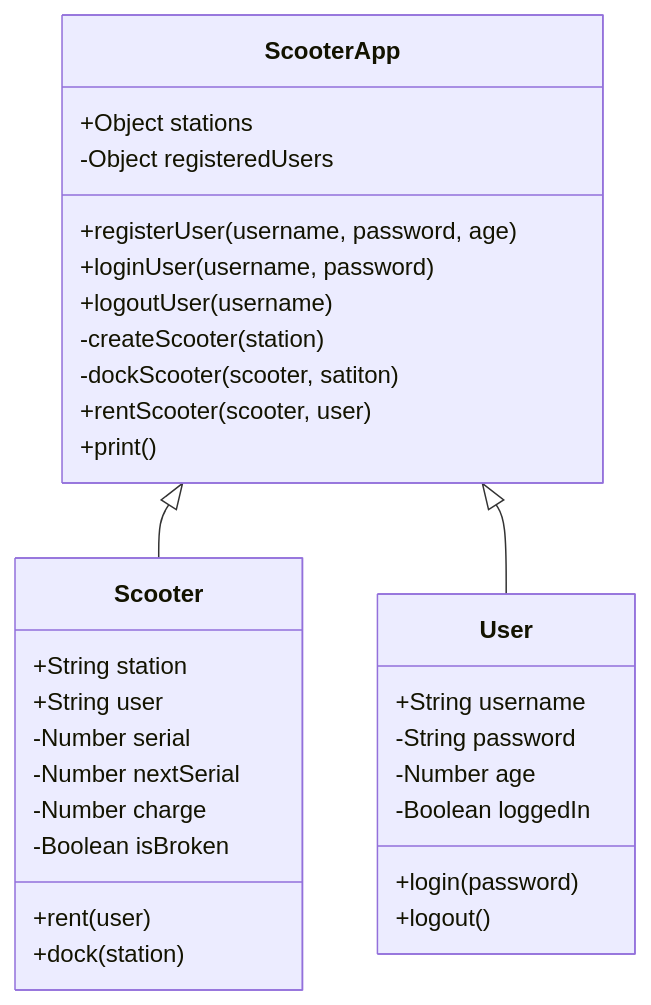
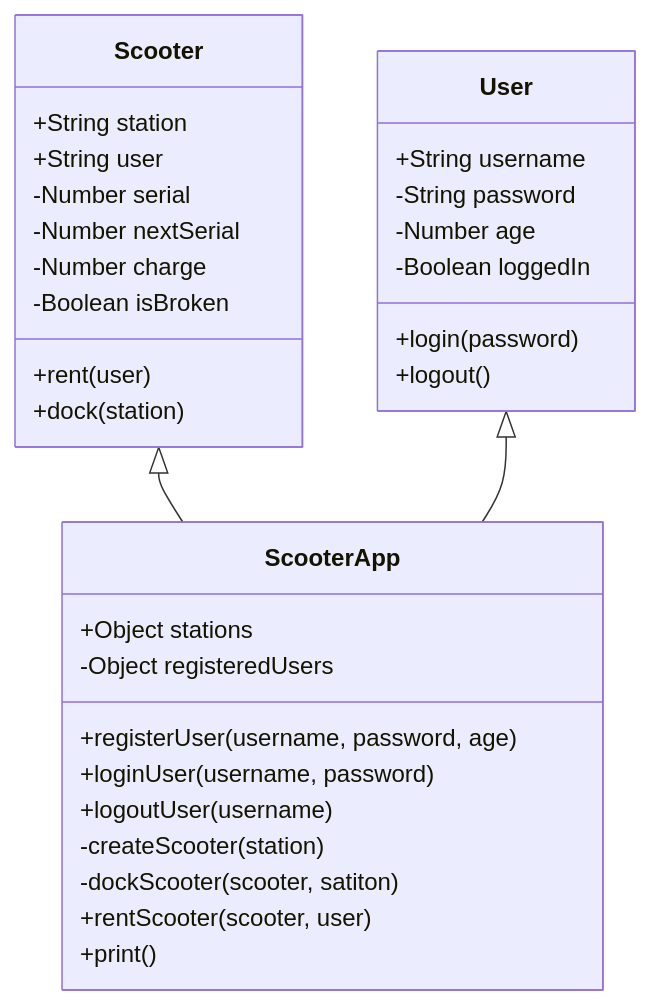
Before and after one commit to Gels04/scooter-project: the diagram in src/markdown.md, drawn with Mermaid. The commit also changed 5 other files, not shown here.

Commit message:
coded the Scooter and User classes

````diff
--- a/src/markdown.md
+++ b/src/markdown.md
@@ -1,38 +1,38 @@
 ```mermaid
 classDiagram
 
-    ScooterApp <|-- Scooter
-    ScooterApp <|-- User
+    Scooter <|-- ScooterApp
+    User <|-- ScooterApp
 
   class Scooter {
     +String station
     +String user
     -Number serial
     -Number nextSerial
     -Number charge
     -Boolean isBroken
     +rent(user)
     +dock(station)
   }
 
   class User {
     +String username
     -String password
     -Number age
     -Boolean loggedIn
     +login(password)
     +logout()
   }
 
   class ScooterApp {
     +Object stations
     -Object registeredUsers
     +registerUser(username, password, age)
     +loginUser(username, password)
     +logoutUser(username)
     -createScooter(station)
     -dockScooter(scooter, satiton)
     +rentScooter(scooter, user)
     +print()
   }
 ```
````
